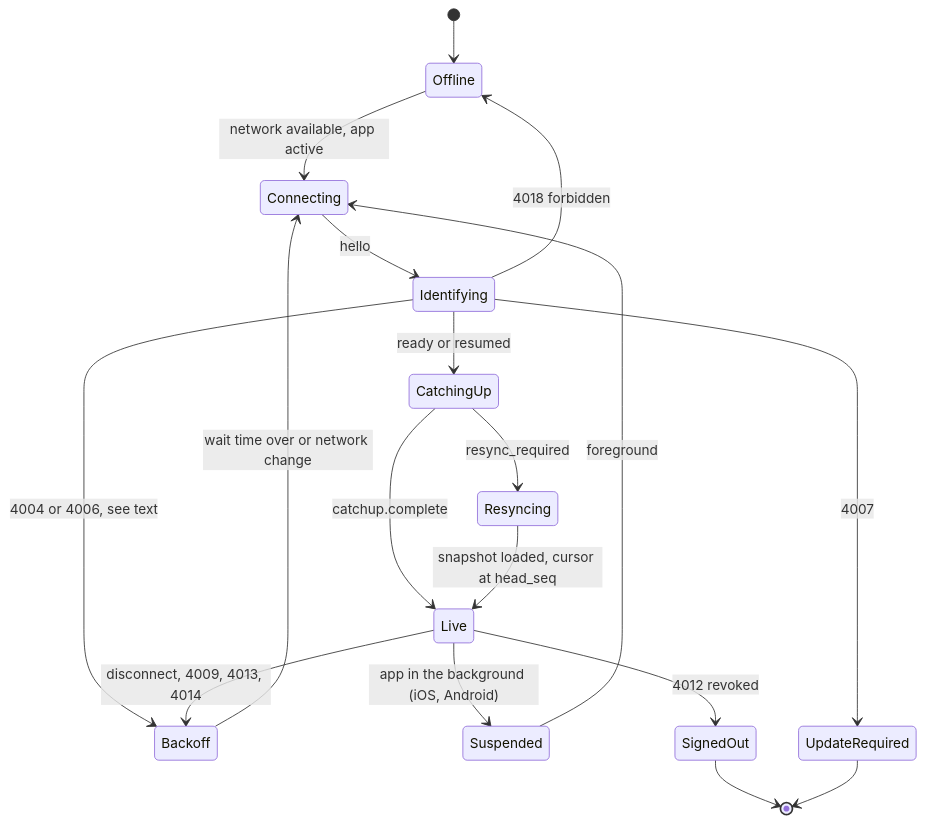
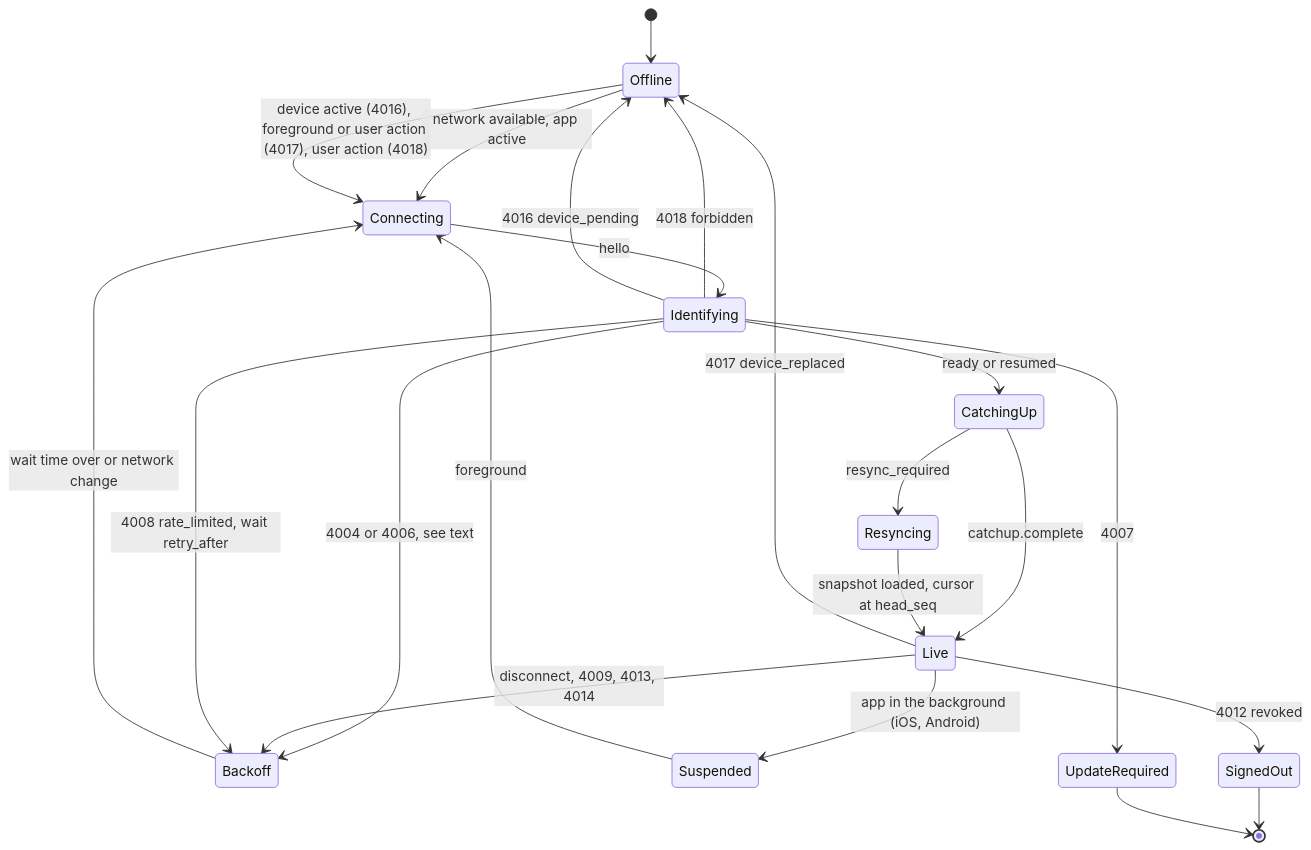
The third of 5 diagrams in docs/spec/15-client-architecture.md (mguttmann/bothy), drawn with Mermaid before and after one commit. The commit also changed other lines of this file and 3 other files, not shown here.

````diff
--- a/docs/spec/15-client-architecture.md
+++ b/docs/spec/15-client-architecture.md
@@ -331,20 +331,24 @@
 ```mermaid
 stateDiagram-v2
   [*] --> Offline
   Offline --> Connecting: network available, app active
   Connecting --> Identifying: hello
   Identifying --> CatchingUp: ready or resumed
   Identifying --> Backoff: 4004 or 4006, see text
   CatchingUp --> Live: catchup.complete
   CatchingUp --> Resyncing: resync_required
   Resyncing --> Live: snapshot loaded, cursor at head_seq
   Live --> Backoff: disconnect, 4009, 4013, 4014
   Backoff --> Connecting: wait time over or network change
   Live --> Suspended: app in the background (iOS, Android)
   Suspended --> Connecting: foreground
   Live --> SignedOut: 4012 revoked
   Identifying --> UpdateRequired: 4007
   Identifying --> Offline: 4018 forbidden
+  Identifying --> Offline: 4016 device_pending
+  Live --> Offline: 4017 device_replaced
+  Identifying --> Backoff: 4008 rate_limited, wait retry_after
+  Offline --> Connecting: device active (4016), foreground or user action (4017), user action (4018)
   SignedOut --> [*]
   UpdateRequired --> [*]
 ```
````
